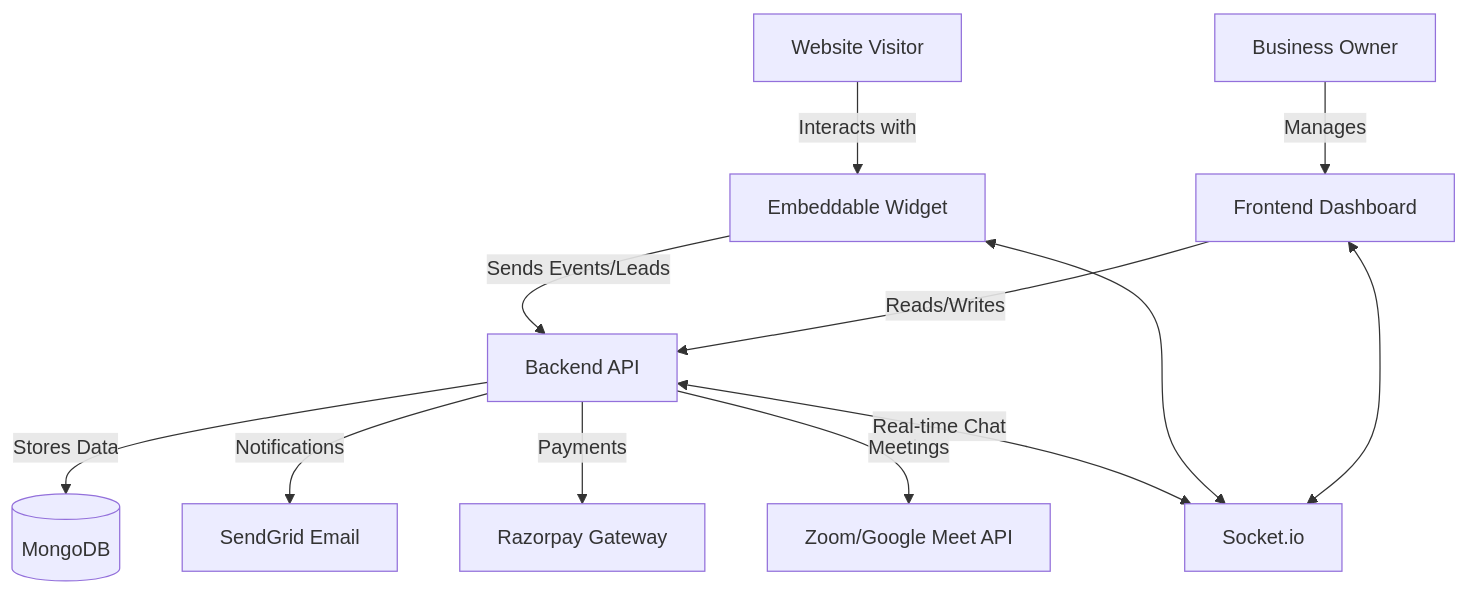
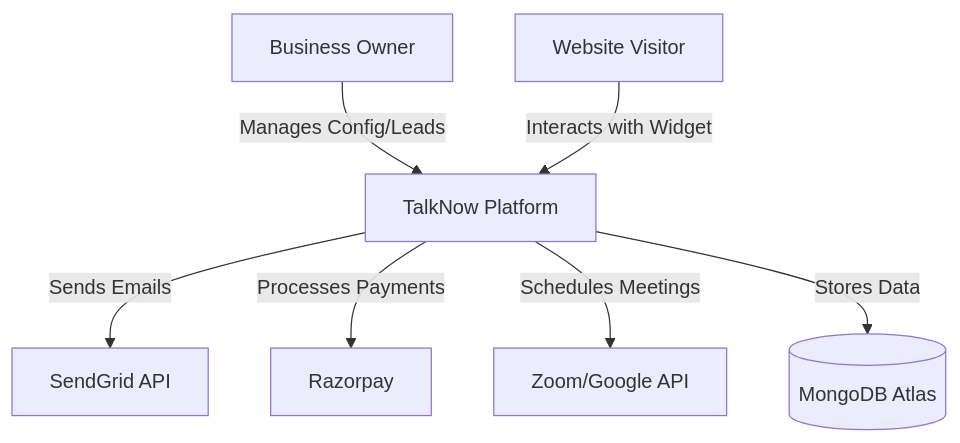
The first of 3 diagrams in docs/ARCHITECTURE.md (primsage/talknow-app), drawn with Mermaid before and after one commit. The commit also changed other lines of this file and 6 other files, not shown here.

````diff
--- a/docs/ARCHITECTURE.md
+++ b/docs/ARCHITECTURE.md
@@ -10,17 +7,9 @@
 ```mermaid
 graph TD
-    Visitor[Website Visitor] -->|Interacts with| Widget[Embeddable Widget]
-    Widget -->|Sends Events/Leads| API[Backend API]
-    API -->|Stores Data| DB[(MongoDB)]
-
-    Owner[Business Owner] -->|Manages| Dashboard[Frontend Dashboard]
-    Dashboard -->|Reads/Writes| API
-
-    API -->|Notifications| SendGrid[SendGrid Email]
-    API -->|Payments| Razorpay[Razorpay Gateway]
-    API -->|Meetings| Zoom[Zoom/Google Meet API]
-
-    API <-->|Real-time Chat| Sockets[Socket.io]
-    Widget <--> Sockets
-    Dashboard <--> Sockets
+    User[Business Owner] -->|Manages Config/Leads| TN[TalkNow Platform]
+    Visitor[Website Visitor] -->|Interacts with Widget| TN
+    TN -->|Sends Emails| SendGrid[SendGrid API]
+    TN -->|Processes Payments| Razorpay[Razorpay]
+    TN -->|Schedules Meetings| Zoom[Zoom/Google API]
+    TN -->|Stores Data| Mongo[(MongoDB Atlas)]
 ```
````
